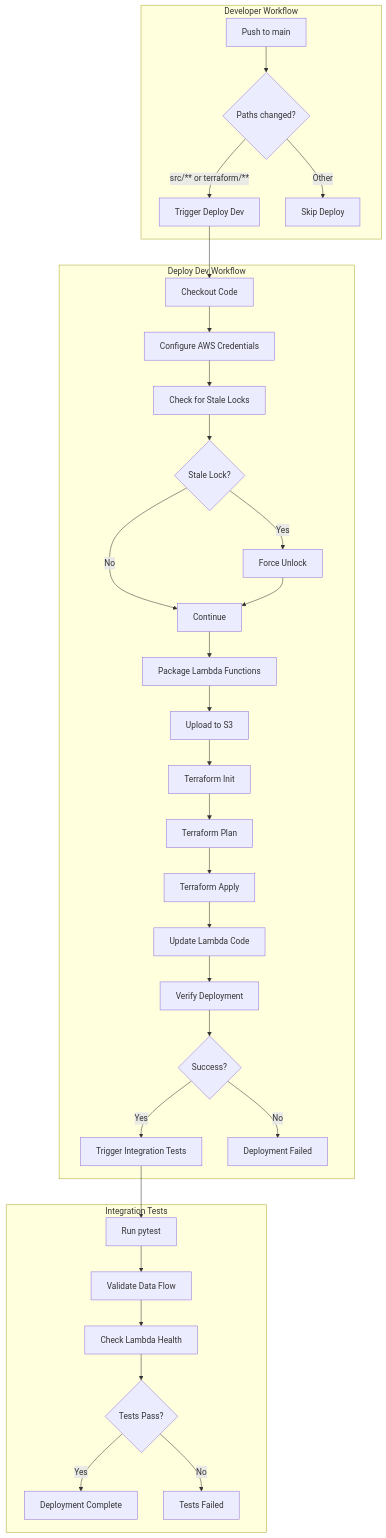
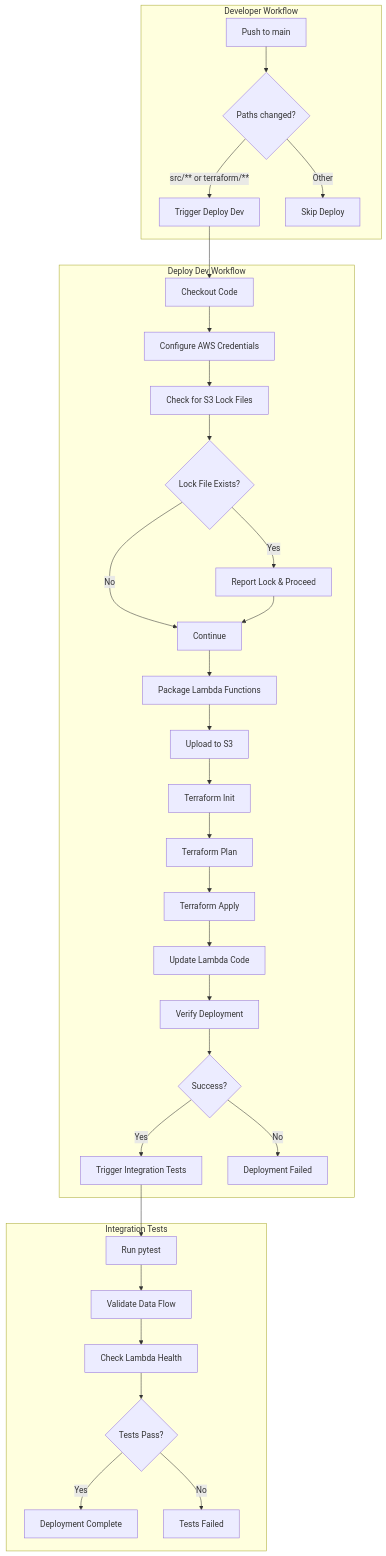
One commit to traylorre/sentiment-analyzer-gsk changed the first of 9 diagrams in docs/TERRAFORM_DEPLOYMENT_FLOW.md. Above: the diagram before and after it, drawn with Mermaid. The commit also changed other lines of this file and 12 other files, not shown here.

First line of the commit message:
docs: Update all diagrams and documentation for S3 native locking

````diff
--- a/docs/TERRAFORM_DEPLOYMENT_FLOW.md
+++ b/docs/TERRAFORM_DEPLOYMENT_FLOW.md
@@ -7,37 +7,37 @@
 ```mermaid
 flowchart TB
     subgraph "Developer Workflow"
         A[Push to main] --> B{Paths changed?}
         B -->|src/** or terraform/**| C[Trigger Deploy Dev]
         B -->|Other| D[Skip Deploy]
     end
 
     subgraph "Deploy Dev Workflow"
         C --> E[Checkout Code]
         E --> F[Configure AWS Credentials]
-        F --> G[Check for Stale Locks]
-        G --> H{Stale Lock?}
-        H -->|Yes| I[Force Unlock]
+        F --> G[Check for S3 Lock Files]
+        G --> H{Lock File Exists?}
+        H -->|Yes| I[Report Lock & Proceed]
         H -->|No| J[Continue]
         I --> J
         J --> K[Package Lambda Functions]
         K --> L[Upload to S3]
         L --> M[Terraform Init]
         M --> N[Terraform Plan]
         N --> O[Terraform Apply]
         O --> P[Update Lambda Code]
         P --> Q[Verify Deployment]
         Q --> R{Success?}
         R -->|Yes| S[Trigger Integration Tests]
         R -->|No| T[Deployment Failed]
     end
 
     subgraph "Integration Tests"
         S --> U[Run pytest]
         U --> V[Validate Data Flow]
         V --> W[Check Lambda Health]
         W --> X{Tests Pass?}
         X -->|Yes| Y[Deployment Complete]
         X -->|No| Z[Tests Failed]
     end
 ```
````
